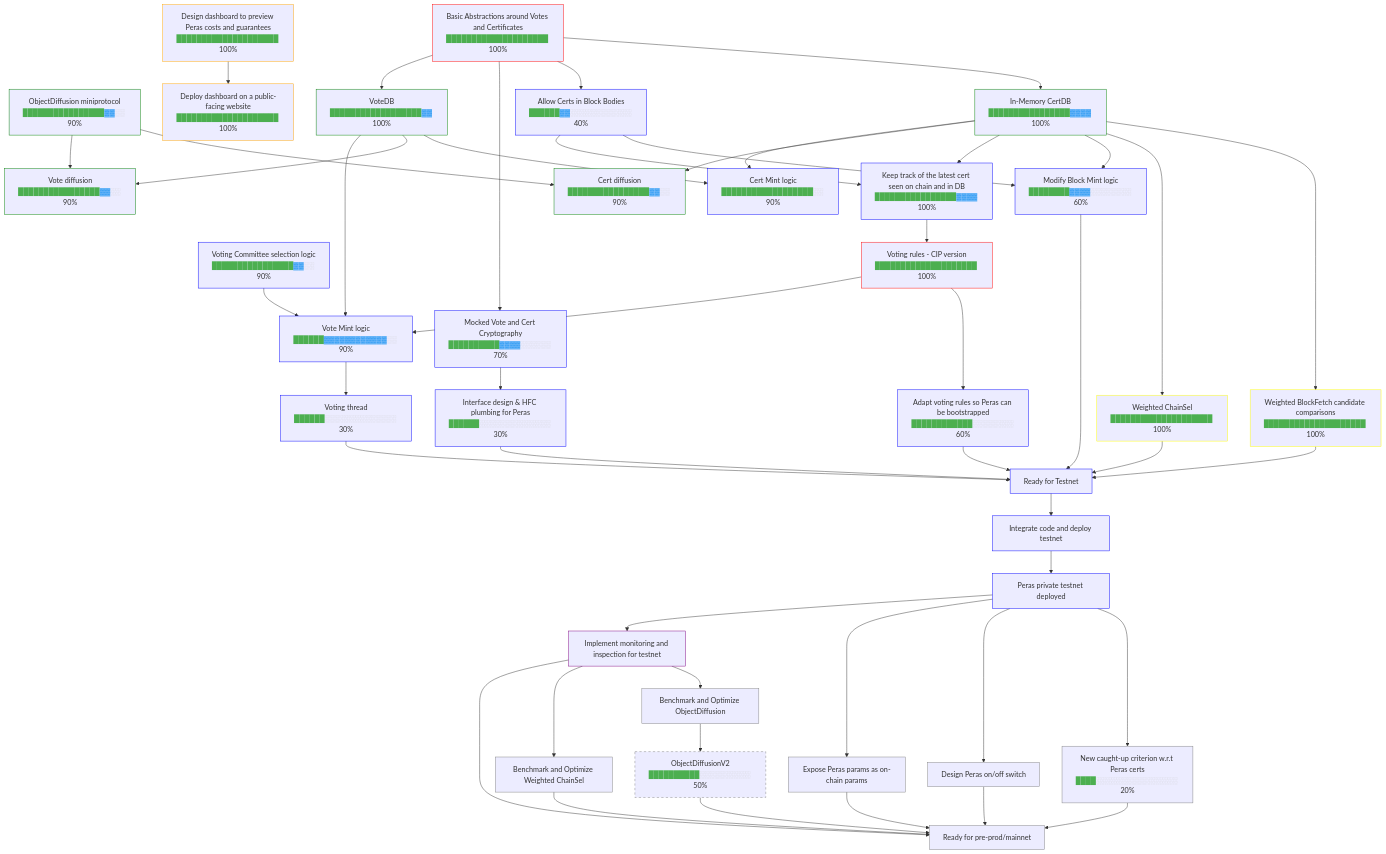
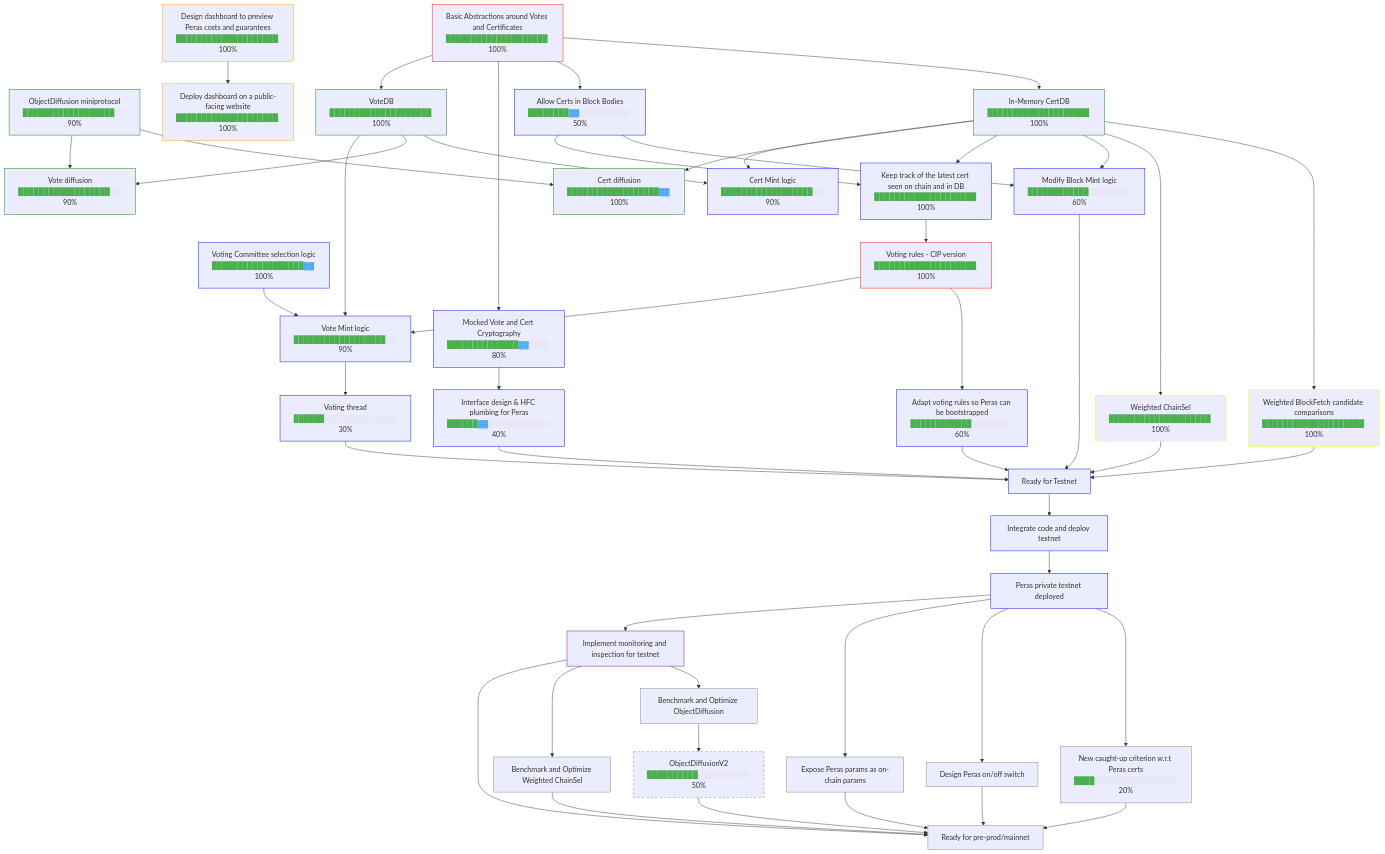
One commit to tweag/cardano-peras changed the diagram in docs/roadmap.md. Above: the diagram before and after it, drawn with Mermaid. The commit also changed 1 other file, not shown here.

Commit message:
roadmap progress may

```diff
--- a/docs/roadmap.md
+++ b/docs/roadmap.md
@@ -3,20 +3,20 @@
   BasicAbstr["Basic Abstractions around Votes and Certificates<br/><span style="color:#4caf50">████████████████████</span> 100%"]
   style BasicAbstr stroke:red
 
-  ObjectDiffusion["ObjectDiffusion miniprotocol<br/><span style="color:#4caf50">████████████████</span><span style="color:#2196f3">▓▓</span><span style="color:#ccc">░░</span> 90%"]
+  ObjectDiffusion["ObjectDiffusion miniprotocol<br/><span style="color:#4caf50">██████████████████</span><span style="color:#ccc">░░</span> 90%"]
   style ObjectDiffusion stroke:green
 
-  VotingCommittee["Voting Committee selection logic<br/><span style="color:#4caf50">████████████████</span><span style="color:#2196f3">▓▓</span><span style="color:#ccc">░░</span> 90%"]
+  VotingCommittee["Voting Committee selection logic<br/><span style="color:#4caf50">██████████████████</span><span style="color:#2196f3">▓▓</span> 100%"]
   style VotingCommittee stroke:blue
 
   Dashboard["Design dashboard to preview Peras costs and guarantees<br/><span style="color:#4caf50">████████████████████</span> 100%"]
   style Dashboard stroke:orange
 
-  CertDB["In-Memory CertDB<br/><span style="color:#4caf50">████████████████</span><span style="color:#2196f3">▓▓▓▓</span> 100%"]
+  CertDB["In-Memory CertDB<br/><span style="color:#4caf50">████████████████████</span> 100%"]
   style CertDB stroke:green
   BasicAbstr --> CertDB
 
-  CertsInBlocks["Allow Certs in Block Bodies<br/><span style="color:#4caf50">██████</span><span style="color:#2196f3">▓▓</span><span style="color:#ccc">░░░░░░░░░░░░</span> 40%"]
+  CertsInBlocks["Allow Certs in Block Bodies<br/><span style="color:#4caf50">████████</span><span style="color:#2196f3">▓▓</span><span style="color:#ccc">░░░░░░░░░░</span> 50%"]
   style CertsInBlocks stroke:blue
   BasicAbstr --> CertsInBlocks
 
@@ -24,15 +24,15 @@
   style DeployDashboard stroke:orange
   Dashboard --> DeployDashboard
 
-  HFCPlumbing["Interface design & HFC plumbing for Peras<br/><span style="color:#4caf50">██████</span><span style="color:#ccc">░░░░░░░░░░░░░░</span> 30%"]
+  HFCPlumbing["Interface design & HFC plumbing for Peras<br/><span style="color:#4caf50">██████</span><span style="color:#2196f3">▓▓</span><span style="color:#ccc">░░░░░░░░░░░░</span> 40%"]
   style HFCPlumbing stroke:blue
   MockedCrypto --> HFCPlumbing
 
-  MockedCrypto["Mocked Vote and Cert Cryptography<br/><span style="color:#4caf50">██████████</span><span style="color:#2196f3">▓▓▓▓</span><span style="color:#ccc">░░░░░░</span> 70%"]
+  MockedCrypto["Mocked Vote and Cert Cryptography<br/><span style="color:#4caf50">██████████████</span><span style="color:#2196f3">▓▓</span><span style="color:#ccc">░░░░</span> 80%"]
   style MockedCrypto stroke:blue
   BasicAbstr --> MockedCrypto
 
-  VoteDB["VoteDB<br/><span style="color:#4caf50">██████████████████</span><span style="color:#2196f3">▓▓</span> 100%"]
+  VoteDB["VoteDB<br/><span style="color:#4caf50">████████████████████</span> 100%"]
   style VoteDB stroke:green
   BasicAbstr --> VoteDB
 
@@ -44,12 +44,12 @@
   style WeightedChainSel stroke:yellow
   CertDB --> WeightedChainSel
 
-  BlockMint["Modify Block Mint logic<br/><span style="color:#4caf50">████████</span><span style="color:#2196f3">▓▓▓▓</span><span style="color:#ccc">░░░░░░░░</span> 60%"]
+  BlockMint["Modify Block Mint logic<br/><span style="color:#4caf50">████████████</span><span style="color:#ccc">░░░░░░░░</span> 60%"]
   style BlockMint stroke:blue
   CertDB --> BlockMint
   CertsInBlocks --> BlockMint
 
-  KeepTrackLastCert["Keep track of the latest cert seen on chain and in DB<br/><span style="color:#4caf50">████████████████</span><span style="color:#2196f3">▓▓▓▓</span> 100%"]
+  KeepTrackLastCert["Keep track of the latest cert seen on chain and in DB<br/><span style="color:#4caf50">████████████████████</span> 100%"]
   style KeepTrackLastCert stroke:blue
   CertDB --> KeepTrackLastCert
   CertsInBlocks --> KeepTrackLastCert
@@ -58,7 +58,7 @@
   style VotingRules stroke:red
   KeepTrackLastCert --> VotingRules
 
-  CertDiffusion["Cert diffusion<br/><span style="color:#4caf50">████████████████</span><span style="color:#2196f3">▓▓</span><span style="color:#ccc">░░</span> 90%"]
+  CertDiffusion["Cert diffusion<br/><span style="color:#4caf50">██████████████████</span><span style="color:#2196f3">▓▓</span> 100%"]
   style CertDiffusion stroke:green
   CertDB --> CertDiffusion
   ObjectDiffusion --> CertDiffusion
@@ -72,7 +72,7 @@
   CertDB --> CertMint
   VoteDB --> CertMint
 
-  VoteDiffusion["Vote diffusion<br/><span style="color:#4caf50">████████████████</span><span style="color:#2196f3">▓▓</span><span style="color:#ccc">░░</span> 90%"]
+  VoteDiffusion["Vote diffusion<br/><span style="color:#4caf50">██████████████████</span><span style="color:#ccc">░░</span> 90%"]
   style VoteDiffusion stroke:green
   ObjectDiffusion --> VoteDiffusion
   VoteDB --> VoteDiffusion
@@ -81,7 +81,7 @@
   style Bootstrap stroke:blue
   VotingRules --> Bootstrap
 
-  VoteMint["Vote Mint logic<br/><span style="color:#4caf50">██████</span><span style="color:#2196f3">▓▓▓▓▓▓▓▓▓▓▓▓</span><span style="color:#ccc">░░</span> 90%"]
+  VoteMint["Vote Mint logic<br/><span style="color:#4caf50">██████████████████</span><span style="color:#ccc">░░</span> 90%"]
   style VoteMint stroke:blue
   VoteDB --> VoteMint
   VotingCommittee --> VoteMint
```
